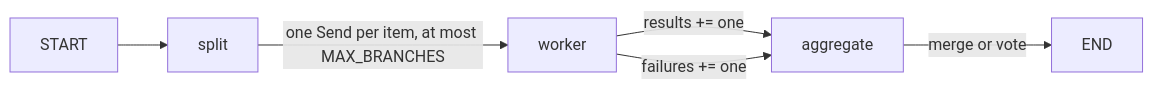
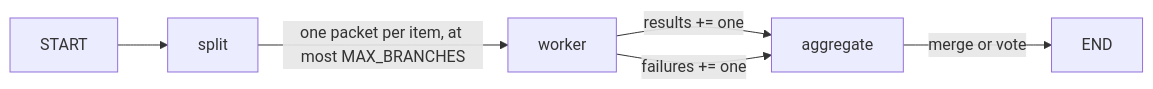
One commit to ricardofagmerspesia/engineos changed the diagram in skills/agent-system-design/references/patterns/fanout-aggregate.md. Above: the diagram before and after it, drawn with Mermaid. The commit also changed other lines of this file and 148 other files, not shown here.

````diff
--- a/skills/agent-system-design/references/patterns/fanout-aggregate.md
+++ b/skills/agent-system-design/references/patterns/fanout-aggregate.md
@@ -30,8 +36,8 @@
 ```mermaid
 flowchart LR
   START --> split
-  split -->|one Send per item, at most MAX_BRANCHES| worker
+  split -->|one packet per item, at most MAX_BRANCHES| worker
   worker -->|results += one| aggregate
   worker -->|failures += one| aggregate
   aggregate -->|merge or vote| END
 ```
````
